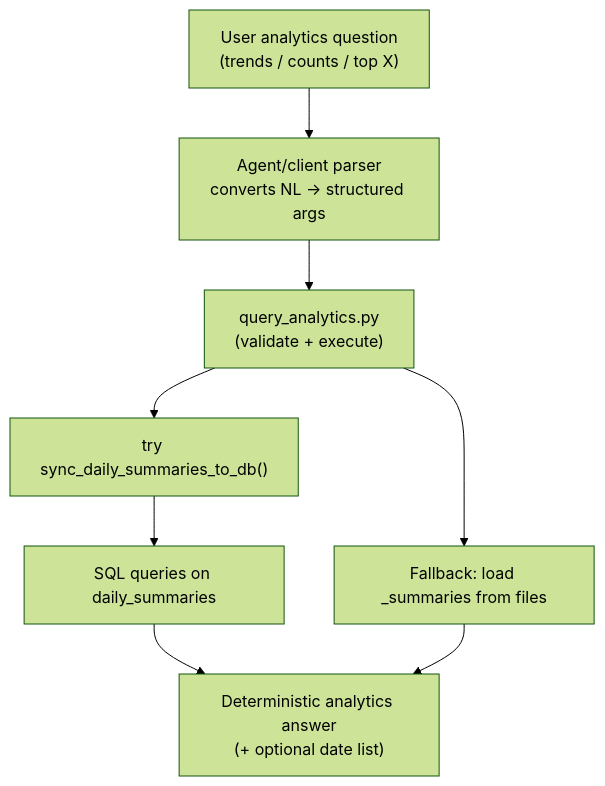
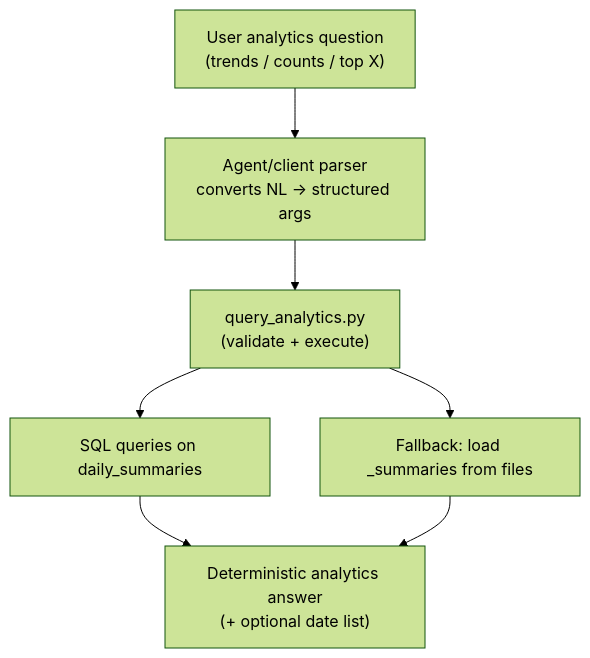
Before and after one commit to nouverse-tech/nouva-mcp-server: the fourth of 4 diagrams in src/skills/memory_engine/ARCHITECTURE.md, drawn with Mermaid (forest theme). The commit also changed other lines of this file and 2 other files, not shown here.

First line of the commit message:
refactor: remove on-demand DB sync for analytics queries

````diff
--- a/src/skills/memory_engine/ARCHITECTURE.md
+++ b/src/skills/memory_engine/ARCHITECTURE.md
@@ -197,10 +197,9 @@
 ```mermaid
 flowchart TD
   U["User analytics question\n(trends / counts / top X)"] --> AGENT["Agent/client parser\nconverts NL -> structured args"]
   AGENT --> QA["query_analytics.py\n(validate + execute)"]
-  QA --> SYNC["try sync_daily_summaries_to_db()"]
-  SYNC --> SQL["SQL queries on daily_summaries"]
+  QA --> SQL["SQL queries on daily_summaries"]
   SQL --> OUT["Deterministic analytics answer\n(+ optional date list)"]
   QA --> FB["Fallback: load _summaries from files"]
   FB --> OUT
 ```
````
